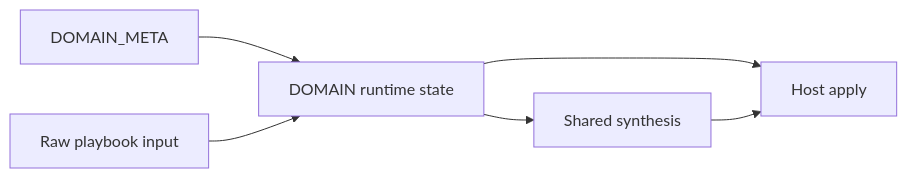
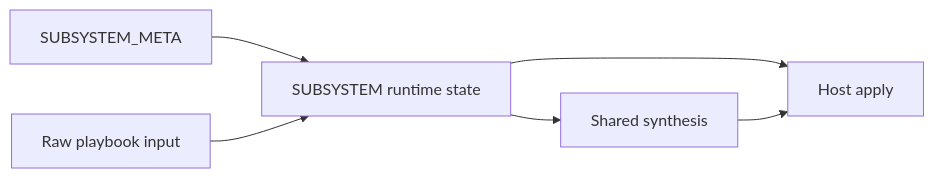
One commit to rektide/compfuzor changed the diagram in doc/arch.md. Above: the diagram before and after it, drawn with Mermaid. The commit also changed other lines of this file, not shown here.

Commit message:
Rewrite architecture around subsystem metadata and contrib model

````diff
--- a/doc/arch.md
+++ b/doc/arch.md
@@ -58,14 +52,14 @@
 ```mermaid
 flowchart LR
-  meta[DOMAIN_META]
+  meta[SUBSYSTEM_META]
   raw[Raw playbook input]
-  domain[DOMAIN runtime state]
+  subsys[SUBSYSTEM runtime state]
   shared[Shared synthesis]
   apply[Host apply]
 
-  meta --> domain
-  raw --> domain
-  domain --> shared
-  domain --> apply
+  meta --> subsys
+  raw --> subsys
+  subsys --> shared
+  subsys --> apply
   shared --> apply
 ```
````
